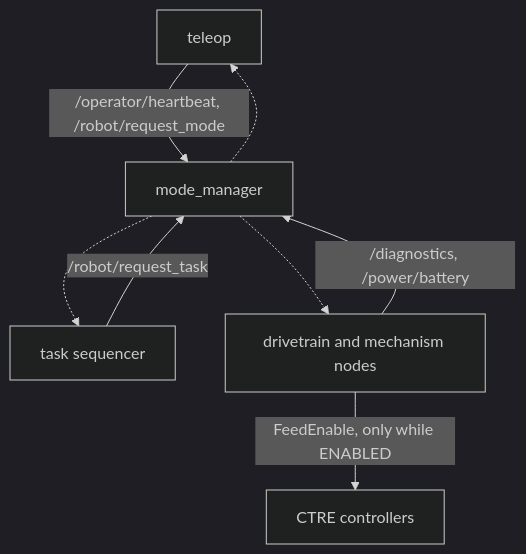
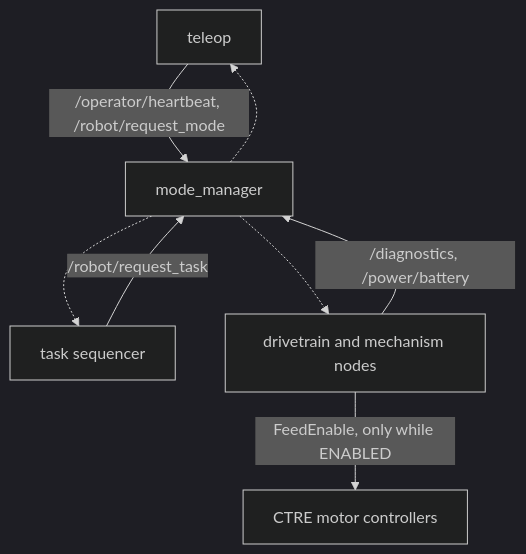
The third of 3 diagrams in docs/design/operating-modes.md (STAR-Robotics-Team/starrt-luna-software), drawn with Mermaid (dark theme) before and after one commit. The commit also changed other lines of this file and 4 other files, not shown here.

First line of the commit message:
Say which controller, and tell stubs from fake motor controllers apart

````diff
--- a/docs/design/operating-modes.md
+++ b/docs/design/operating-modes.md
@@ -341,10 +342,10 @@
 ```mermaid
 flowchart TB
   teleop[teleop] -- "/operator/heartbeat, /robot/request_mode" --> mm[mode_manager]
   seq[task sequencer] -- /robot/request_task --> mm
   mm -.-> teleop
   mm -.-> seq
   mm -.-> hw[drivetrain and mechanism nodes]
   hw -- "/diagnostics, /power/battery" --> mm
-  hw -- FeedEnable, only while ENABLED --> ctre[CTRE controllers]
+  hw -- FeedEnable, only while ENABLED --> ctre[CTRE motor controllers]
 ```
````
